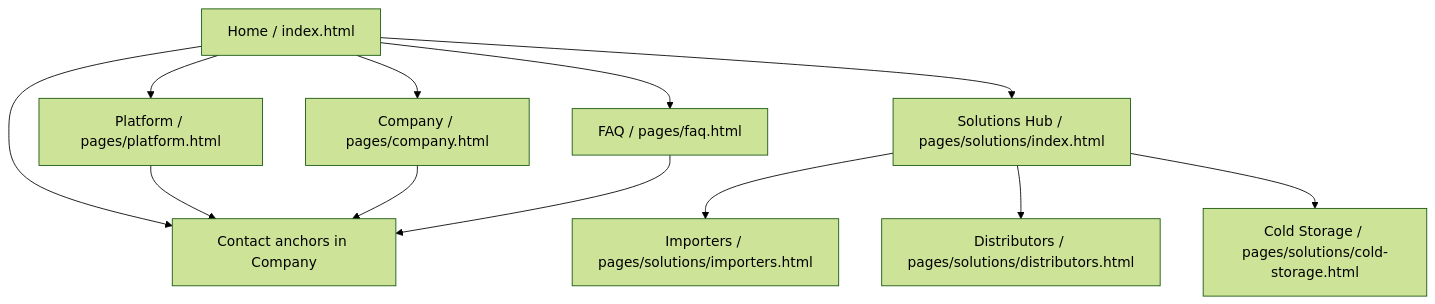
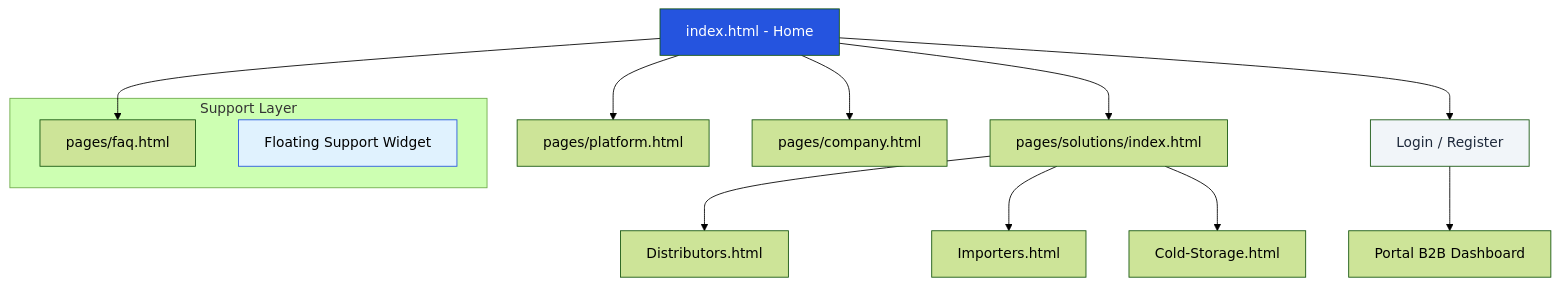
The diagram in report/40-chapter-4-product-design/4-2-information-architecture.md (upc-pre-202610-1asi0730-12242-king/nexa-ecosystem-report), drawn with Mermaid (forest theme) before and after one commit. The commit also changed other lines of this file and 27 other files, not shown here.

First line of the commit message:
docs(ch2): expand interview analysis to thesis level with normalized graphics

````diff
--- a/report/40-chapter-4-product-design/4-2-information-architecture.md
+++ b/report/40-chapter-4-product-design/4-2-information-architecture.md
@@ -15,16 +22,23 @@
 ```mermaid
 graph TD
-    Home["Home / index.html"] --> Platform["Platform / pages/platform.html"]
-    Home --> Solutions["Solutions Hub / pages/solutions/index.html"]
-    Home --> Company["Company / pages/company.html"]
-    Home --> FAQ["FAQ / pages/faq.html"]
-
-    Solutions --> Importers["Importers / pages/solutions/importers.html"]
-    Solutions --> Distributors["Distributors / pages/solutions/distributors.html"]
-    Solutions --> Storage["Cold Storage / pages/solutions/cold-storage.html"]
-
-    Home --> Contact["Contact anchors in Company"]
-    Platform --> Contact
-    Company --> Contact
-    FAQ --> Contact
+    Root[index.html - Home] --> Platform[pages/platform.html]
+    Root --> Solutions[pages/solutions/index.html]
+    Root --> Company[pages/company.html]
+    Root --> FAQ[pages/faq.html]
+    
+    Solutions --> S1[Distributors.html]
+    Solutions --> S2[Importers.html]
+    Solutions --> S3[Cold-Storage.html]
+    
+    Root --> Auth[Login / Register]
+    Auth --> Dashboard[Portal B2B Dashboard]
+    
+    subgraph "Support Layer"
+        FAQ
+        SupportHub[Floating Support Widget]
+    end
+    
+    style Root fill:#2554df,color:#fff
+    style Auth fill:#f1f5f9,color:#1e293b
+    style SupportHub fill:#e0f2fe,stroke:#2554df
 ```
````
